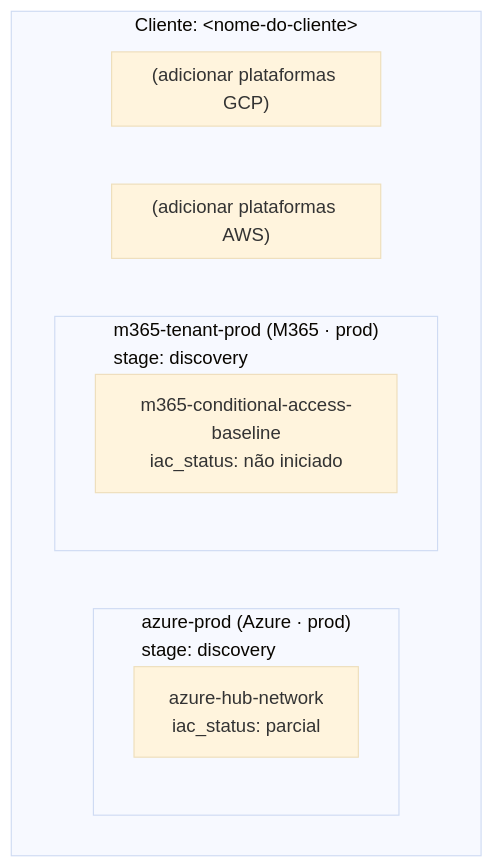
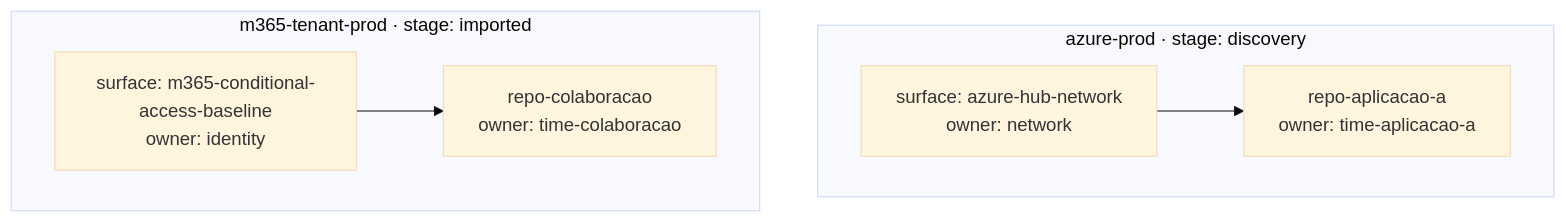
The diagram in presets/nimbus-code-platform-standards/templates/feature-artifacts/platform-graph.md (lrodriguesvpn/nimbus-code), drawn with Mermaid (base theme) before and after one commit. The commit also changed other lines of this file and 63 other files, not shown here.

````diff
--- a/presets/nimbus-code-platform-standards/templates/feature-artifacts/platform-graph.md
+++ b/presets/nimbus-code-platform-standards/templates/feature-artifacts/platform-graph.md
@@ -15,18 +13,14 @@
 ```mermaid
 flowchart TB
-    subgraph CLIENT["Cliente: &lt;nome-do-cliente&gt;"]
-        subgraph AZ_PROD["azure-prod (Azure · prod)<br/>stage: discovery"]
-            AZ_HUB["azure-hub-network<br/>iac_status: parcial"]
-        end
+    subgraph PLATFORM_A["azure-prod · stage: discovery"]
+        SURFACE_A["surface: azure-hub-network\nowner: network"]
+        WORKLOAD_A["repo-aplicacao-a\nowner: time-aplicacao-a"]
+        SURFACE_A --> WORKLOAD_A
+    end
 
-        subgraph M365_PROD["m365-tenant-prod (M365 · prod)<br/>stage: discovery"]
-            M365_CA["m365-conditional-access-baseline<br/>iac_status: não iniciado"]
-        end
-
-        subgraph AWS_TBD["(adicionar plataformas AWS)"]
-        end
-
-        subgraph GCP_TBD["(adicionar plataformas GCP)"]
-        end
+    subgraph PLATFORM_B["m365-tenant-prod · stage: imported"]
+        SURFACE_B["surface: m365-conditional-access-baseline\nowner: identity"]
+        WORKLOAD_B["repo-colaboracao\nowner: time-colaboracao"]
+        SURFACE_B --> WORKLOAD_B
     end
 ```
````
